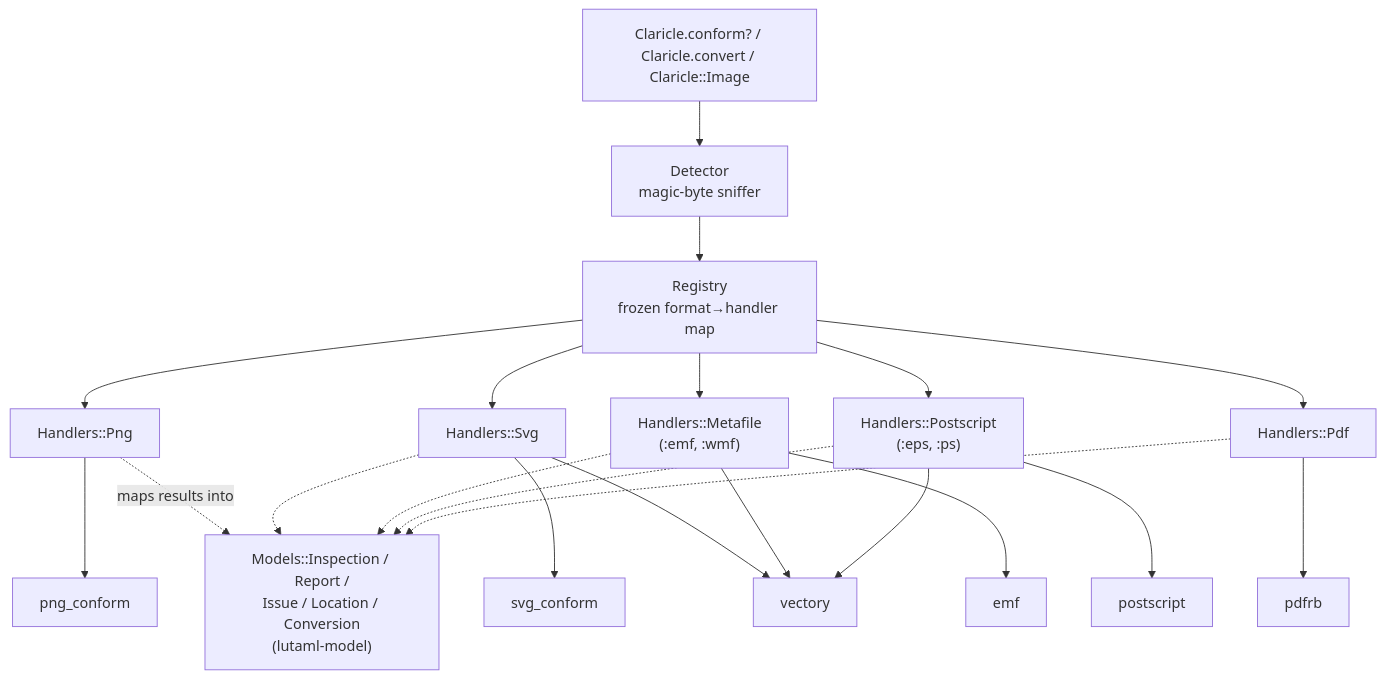
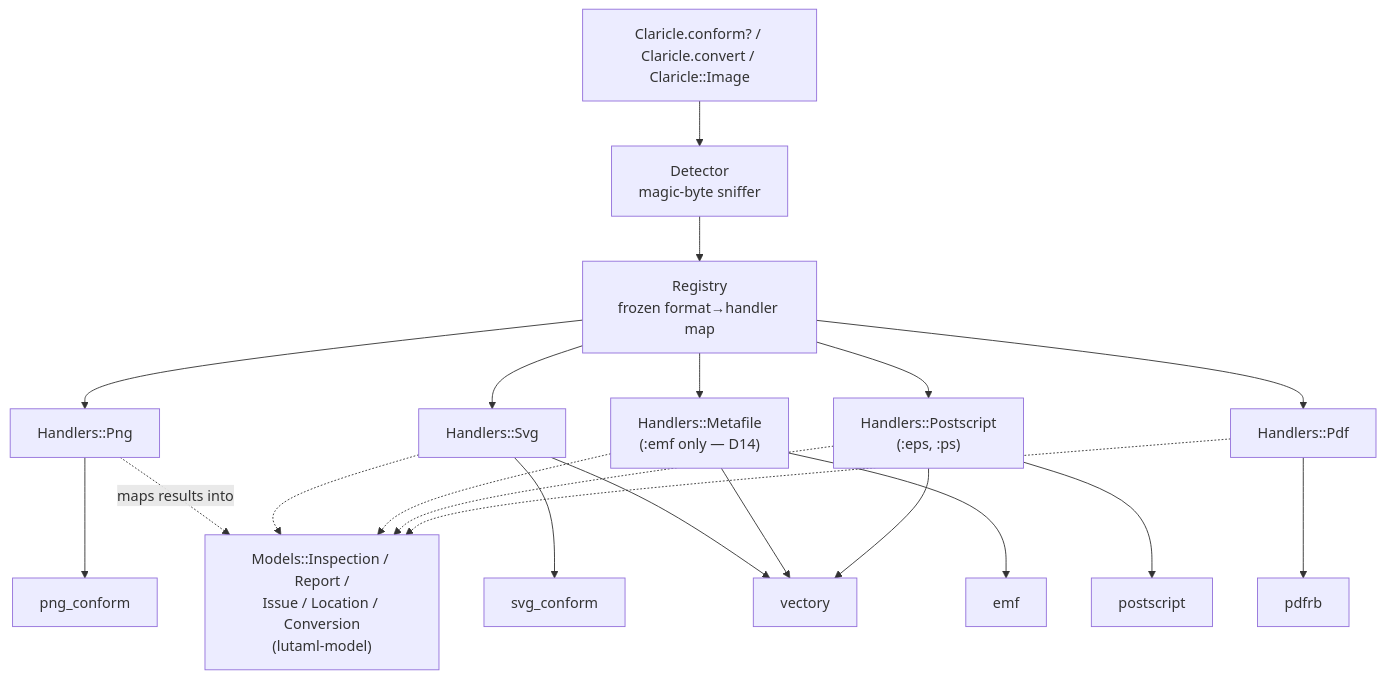
The first of 2 diagrams in TODO.plan/00-overview.md (claricle/claricle), drawn with Mermaid before and after one commit. The commit also changed other lines of this file and 4 other files, not shown here.

````diff
--- a/TODO.plan/00-overview.md
+++ b/TODO.plan/00-overview.md
@@ -17,26 +17,26 @@
 ```mermaid
 flowchart TD
     API["Claricle.conform? / Claricle.convert / Claricle::Image"]
     DET["Detector<br/>magic-byte sniffer"]
     REG["Registry<br/>frozen format→handler map"]
     API --> DET
     DET --> REG
     REG --> HPNG[Handlers::Png]
     REG --> HSVG[Handlers::Svg]
-    REG --> HMET["Handlers::Metafile<br/>(:emf, :wmf)"]
+    REG --> HMET["Handlers::Metafile<br/>(:emf only — D14)"]
     REG --> HPS["Handlers::Postscript<br/>(:eps, :ps)"]
     REG --> HPDF[Handlers::Pdf]
     HPNG --> png_conform
     HSVG --> svg_conform
     HSVG --> vectory
     HMET --> emf
     HMET --> vectory
     HPS --> postscript
     HPS --> vectory
     HPDF --> pdfrb
     HPNG -. maps results into .-> MOD["Models::Inspection / Report /<br/>Issue / Location / Conversion<br/>(lutaml-model)"]
     HSVG -.-> MOD
     HMET -.-> MOD
     HPS -.-> MOD
     HPDF -.-> MOD
 ```
````
